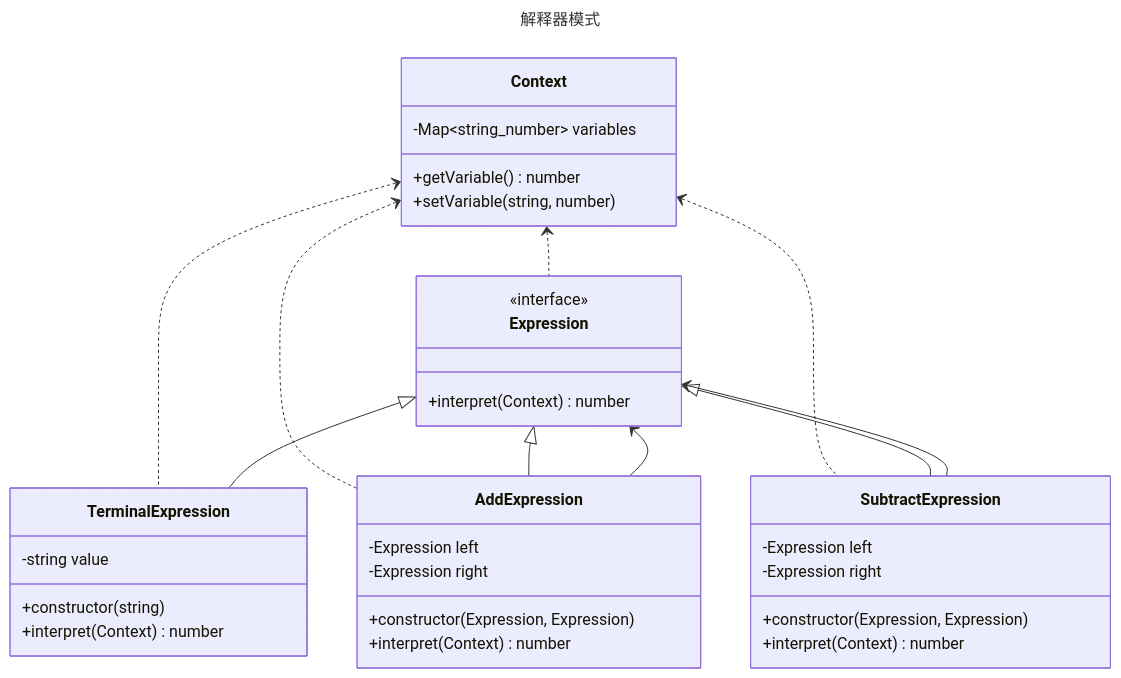
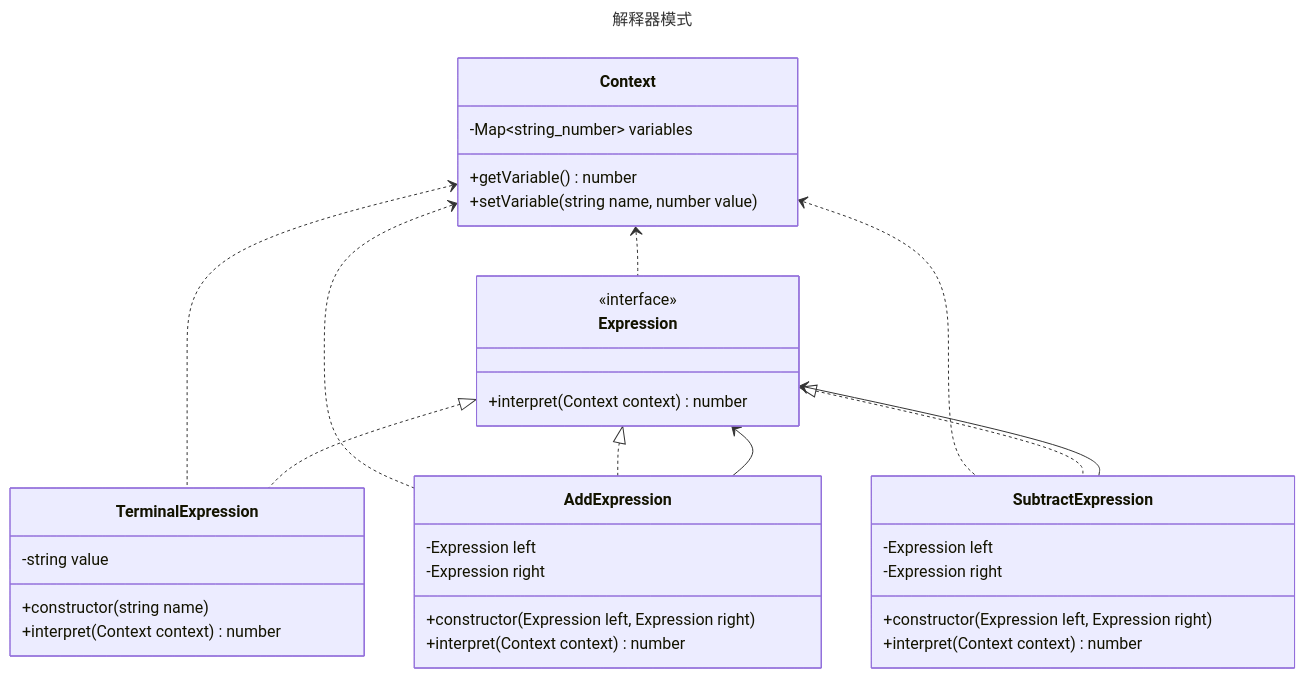
Before and after one commit to fengyun89/typescript-design-patterns: the diagram in interpreter/README.md, drawn with Mermaid. The commit also changed 2 other files, not shown here.

Commit message:
中介者模式类图

````diff
--- a/interpreter/README.md
+++ b/interpreter/README.md
@@ -1,41 +1,41 @@
 ```mermaid
 ---
 title: 解释器模式
 ---
 classDiagram
     class Context {
         -Map~string_number~ variables
         +getVariable() number
-        +setVariable(string, number)
+        +setVariable(string name, number value)
     }
     class Expression {
         <<interface>>
-        +interpret(Context) number
+        +interpret(Context context) number
     }
     class TerminalExpression {
         -string value
-        +constructor(string)
-        +interpret(Context) number
+        +constructor(string name)
+        +interpret(Context context) number
     }
     class AddExpression {
         -Expression left
         -Expression right
-        +constructor(Expression, Expression)
-        +interpret(Context) number
+        +constructor(Expression left, Expression right)
+        +interpret(Context context) number
     }
     class SubtractExpression {
         -Expression left
         -Expression right
-        +constructor(Expression, Expression)
-        +interpret(Context) number
+        +constructor(Expression left, Expression right)
+        +interpret(Context context) number
     }
     Context <.. Expression
     Context <.. TerminalExpression
     Context <.. AddExpression
     Context <.. SubtractExpression
-    Expression <|-- TerminalExpression
-    Expression <|-- AddExpression
-    Expression <|-- SubtractExpression
+    Expression <|.. TerminalExpression
+    Expression <|.. AddExpression
+    Expression <|.. SubtractExpression
     Expression <-- AddExpression
     Expression <-- SubtractExpression
 ```
````
